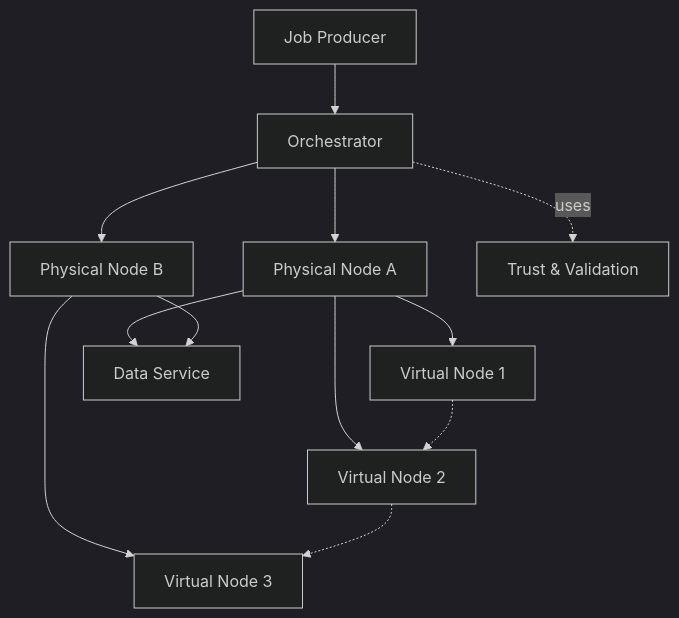
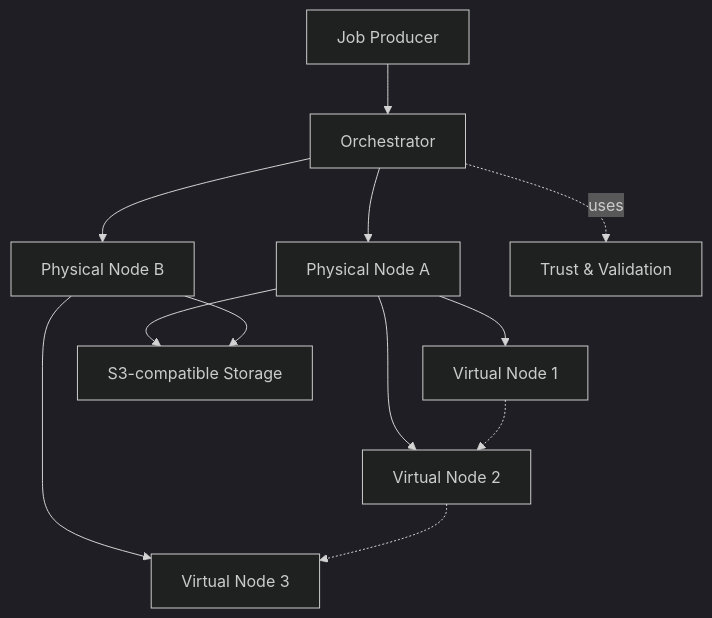
Before and after one commit to Free-LLM/free-llm.github.io: the diagram in architecture.md, drawn with Mermaid (dark theme). The commit also changed other lines of this file and 27 other files, not shown here.

````diff
--- a/architecture.md
+++ b/architecture.md
@@ -52,14 +52,14 @@
 ```mermaid
 flowchart TD
   JP[Job Producer] --> OR[Orchestrator]
   OR --> PN1[Physical Node A]
   OR --> PN2[Physical Node B]
   PN1 --> VN1[Virtual Node 1]
   PN1 --> VN2[Virtual Node 2]
   PN2 --> VN3[Virtual Node 3]
   VN1 -.-> VN2
   VN2 -.-> VN3
   OR -. uses .-> T[Trust & Validation]
-  PN1 --> DS[Data Service]
+  PN1 --> DS[S3-compatible Storage]
   PN2 --> DS
 ```
````
